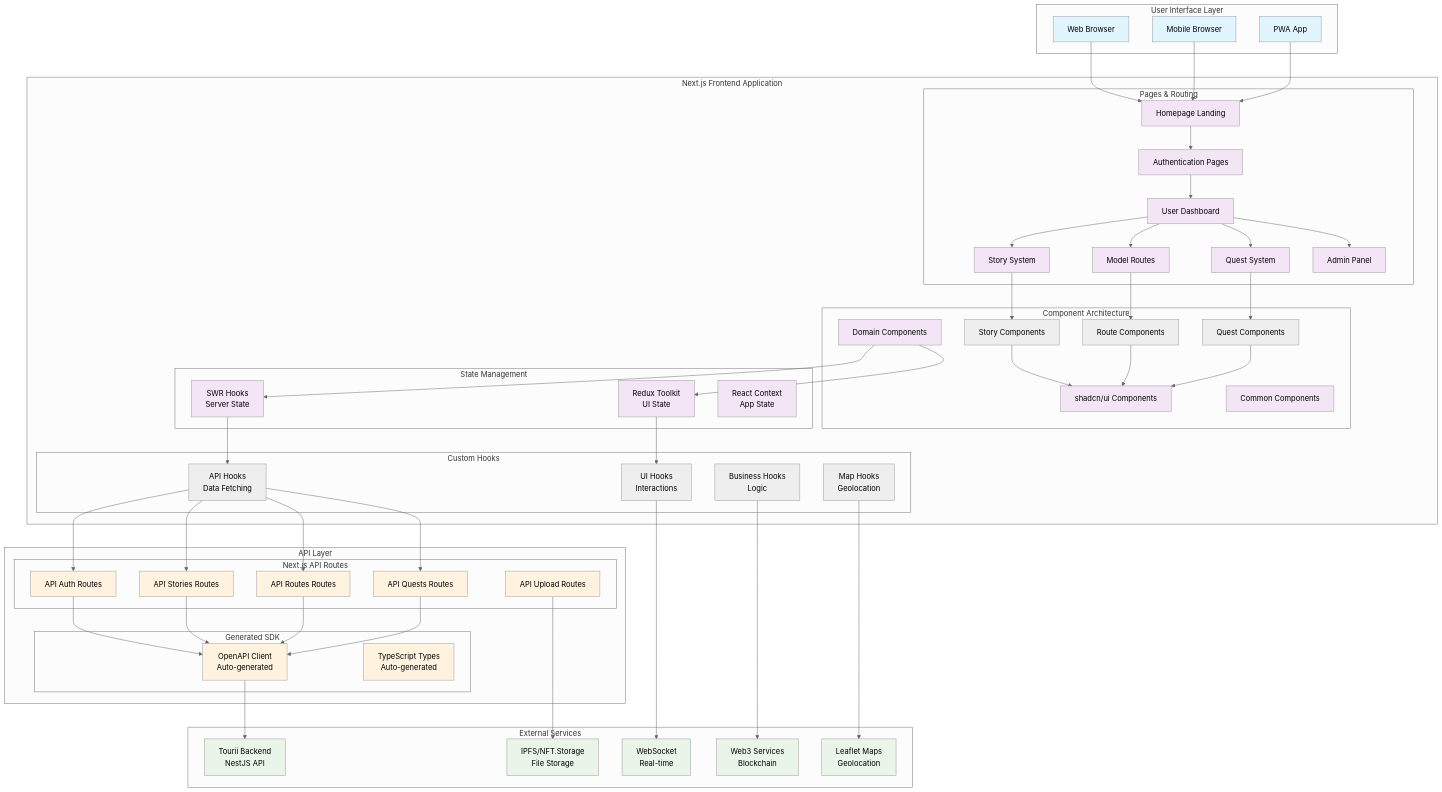
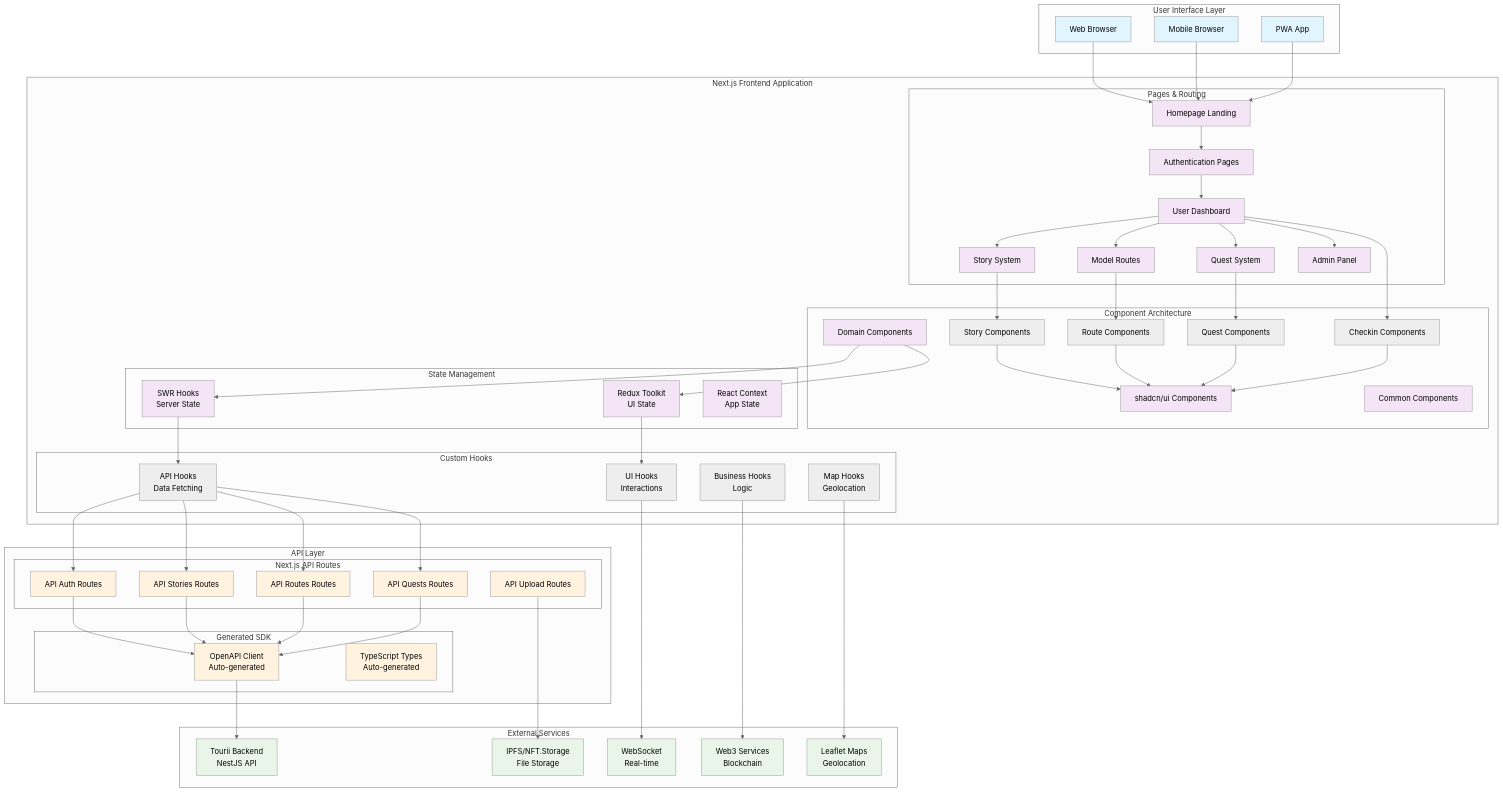
One commit to sx-tane/tourii changed the first of 3 diagrams in docs/ARCHITECTURE.md. Above: the diagram before and after it, drawn with Mermaid (neutral theme). The commit also changed other lines of this file and 5 other files, not shown here.

```diff
--- a/docs/ARCHITECTURE.md
+++ b/docs/ARCHITECTURE.md
@@ -32,6 +32,7 @@
             STORIES_COMP[Story Components]
             ROUTE_COMP[Route Components]
             QUEST_COMP[Quest Components]
+            CHECKIN_COMP[Checkin Components]
         end
         
         subgraph "State Management"
@@ -88,9 +89,11 @@
     STORIES --> STORIES_COMP
     ROUTES --> ROUTE_COMP
     QUESTS --> QUEST_COMP
+    DASHBOARD --> CHECKIN_COMP
     STORIES_COMP --> UI
     ROUTE_COMP --> UI
     QUEST_COMP --> UI
+    CHECKIN_COMP --> UI
     
     %% State Management Flow
     DOMAIN --> SWR
```
